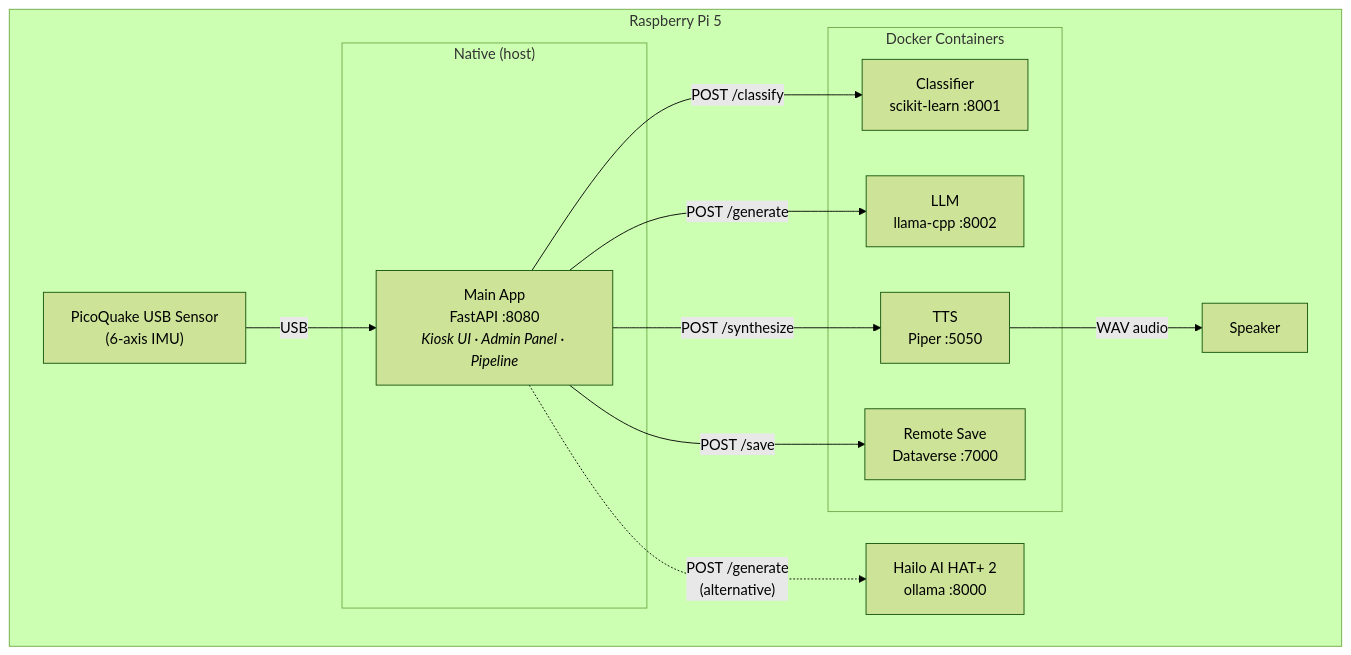
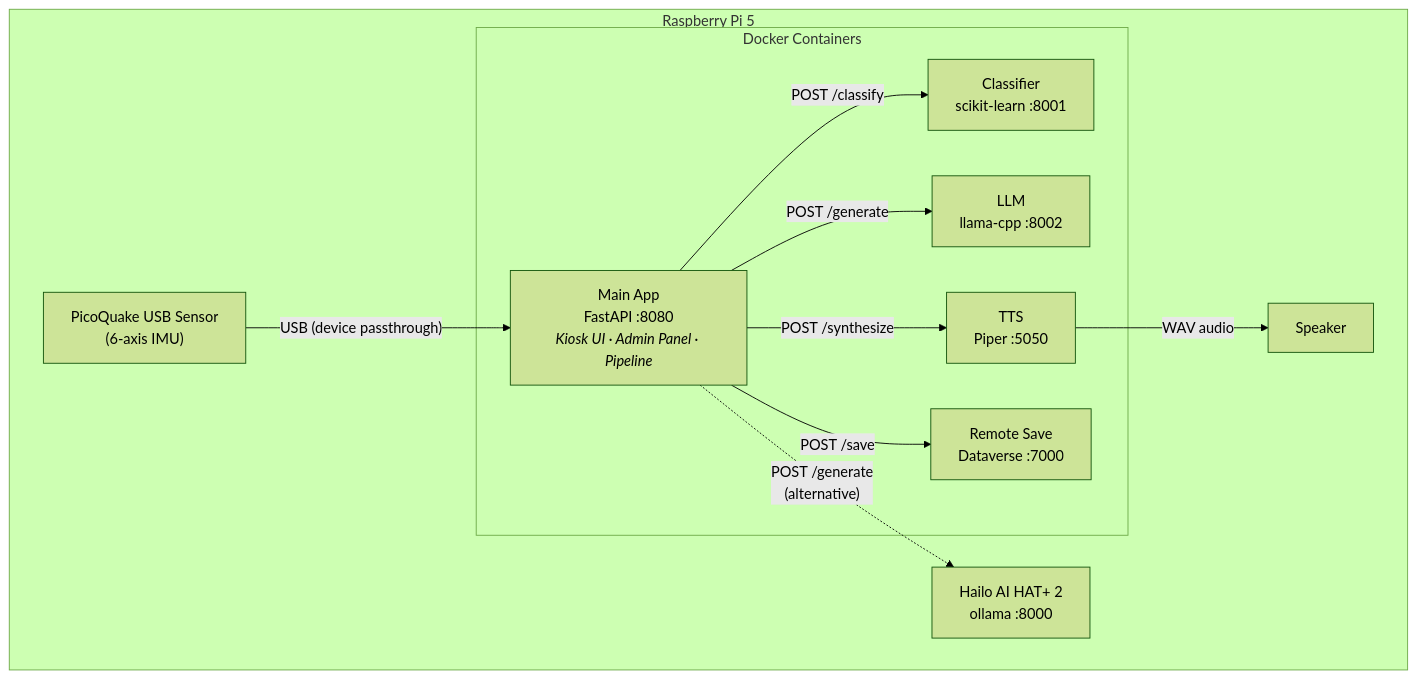
One commit to jenschristianschroder/rpiCoffee changed the diagram in README.md. Above: the diagram before and after it, drawn with Mermaid (forest theme). The commit also changed other lines of this file and 14 other files, not shown here.

````diff
--- a/README.md
+++ b/README.md
@@ -17,25 +17,23 @@
 ```mermaid
 graph TB
     subgraph "Raspberry Pi 5"
         sensor["PicoQuake USB Sensor<br/>(6-axis IMU)"]
-        subgraph "Native (host)"
+        subgraph "Docker Containers"
             app["Main App<br/>FastAPI :8080<br/><i>Kiosk UI · Admin Panel · Pipeline</i>"]
-        end
-        subgraph "Docker Containers"
             classifier["Classifier<br/>scikit-learn :8001"]
             llm["LLM<br/>llama-cpp :8002"]
             tts["TTS<br/>Piper :5050"]
             remote["Remote Save<br/>Dataverse :7000"]
         end
         hailo["Hailo AI HAT+ 2<br/>ollama :8000"]
         speaker["Speaker"]
     end
 
-    sensor -- "USB" --> app
+    sensor -- "USB (device passthrough)" --> app
     app -- "POST /classify" --> classifier
     app -- "POST /generate" --> llm
     app -. "POST /generate<br/>(alternative)" .-> hailo
     app -- "POST /synthesize" --> tts
     app -- "POST /save" --> remote
     tts -- "WAV audio" --> speaker
 ```
````
